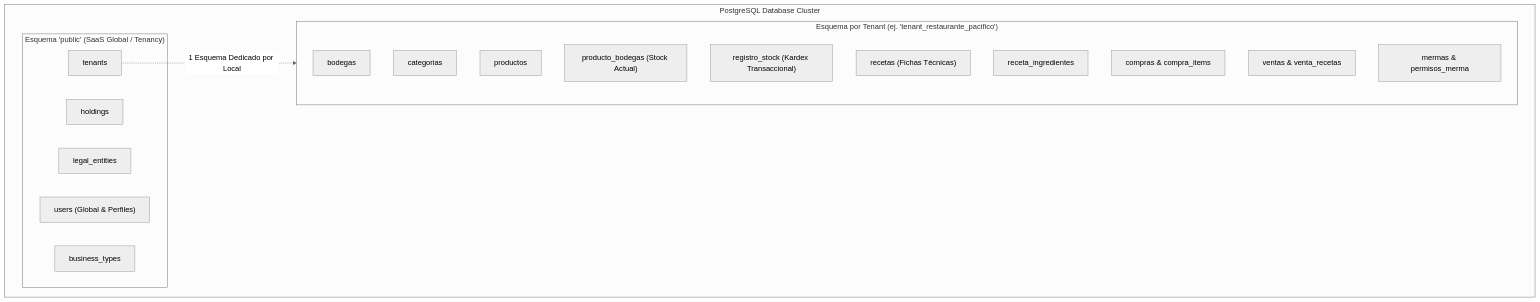
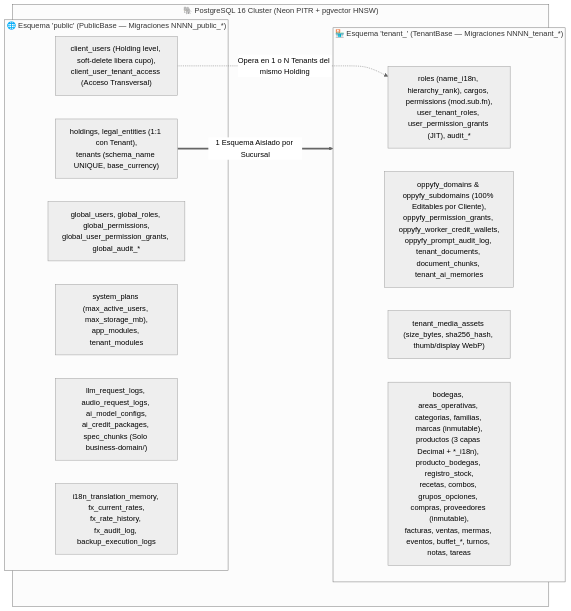
Before and after one commit to OppyTec/OppyTec-Oficial: the diagram in specs/05-DATABASE-SCHEMA.md, drawn with Mermaid (neutral theme). The commit also changed other lines of this file and 6 other files, not shown here.

````diff
--- a/specs/05-DATABASE-SCHEMA.md
+++ b/specs/05-DATABASE-SCHEMA.md
@@ -14,27 +16,23 @@
 ```mermaid
 graph TD
-    subgraph Cluster["PostgreSQL Database Cluster"]
-        subgraph PublicSchema["Esquema 'public' (SaaS Global / Tenancy)"]
-            Holdings["holdings"]
-            LegalEntities["legal_entities"]
-            Tenants["tenants"]
-            Users["users (Global & Perfiles)"]
-            BusinessTypes["business_types"]
+    subgraph Cluster["🐘 PostgreSQL 16 Cluster (Neon PITR + pgvector HNSW)"]
+        subgraph PublicSchema["🌐 Esquema 'public' (PublicBase — Migraciones NNNN_public_*)"]
+            GlobalIAM["global_users, global_roles, global_permissions,<br/>global_user_permission_grants, global_audit_*"]
+            Tenancy["holdings, legal_entities (1:1 con Tenant),<br/>tenants (schema_name UNIQUE, base_currency)"]
+            PlansMods["system_plans (max_active_users, max_storage_mb),<br/>app_modules, tenant_modules"]
+            ClientIdentity["client_users (Holding level, soft-delete libera cupo),<br/>client_user_tenant_access (Acceso Transversal)"]
+            GlobalAI["llm_request_logs, audio_request_logs, ai_model_configs,<br/>ai_credit_packages, spec_chunks (Solo business-domain/)"]
+            GlobalInfra["i18n_translation_memory, fx_current_rates,<br/>fx_rate_history, fx_audit_log, backup_execution_logs"]
         end
 
-        subgraph TenantSchema["Esquema por Tenant (ej. 'tenant_restaurante_pacifico')"]
-            Bodegas["bodegas"]
-            Categorias["categorias"]
-            Productos["productos"]
-            ProductoBodega["producto_bodegas (Stock Actual)"]
-            RegistroStock["registro_stock (Kardex Transaccional)"]
-            Recetas["recetas (Fichas Técnicas)"]
-            RecetaIngrediente["receta_ingredientes"]
-            Compras["compras & compra_items"]
-            Ventas["ventas & venta_recetas"]
-            Mermas["mermas & permisos_merma"]
+        subgraph TenantSchema["🏪 Esquema 'tenant_<slug>' (TenantBase — Migraciones NNNN_tenant_*)"]
+            TenantRBAC["roles (name_i18n, hierarchy_rank), cargos, permissions (mod.sub.fn),<br/>user_tenant_roles, user_permission_grants (JIT), audit_*"]
+            OppyFyTenant["oppyfy_domains & oppyfy_subdomains (100% Editables por Cliente),<br/>oppyfy_permission_grants, oppyfy_worker_credit_wallets,<br/>oppyfy_prompt_audit_log, tenant_documents, document_chunks, tenant_ai_memories"]
+            MediaQuota["tenant_media_assets (size_bytes, sha256_hash, thumb/display WebP)"]
+            CoreOps["bodegas, areas_operativas, categorias, familias, marcas (inmutable),<br/>productos (3 capas Decimal + *_i18n), producto_bodegas, registro_stock,<br/>recetas, combos, grupos_opciones, compras, proveedores (inmutable),<br/>facturas, ventas, mermas, eventos, buffet_*, turnos, notas, tareas"]
         end
     end
 
-    Tenants -.->|1 Esquema Dedicado por Local| TenantSchema
+    Tenancy ===>|1 Esquema Aislado por Sucursal| TenantSchema
+    ClientIdentity -.->|Opera en 1 o N Tenants del mismo Holding| TenantRBAC
 ```
````
